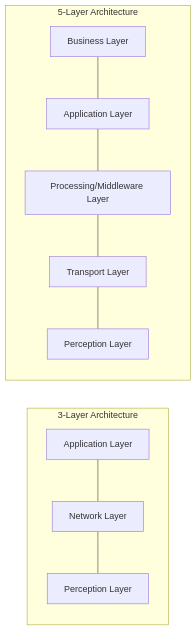
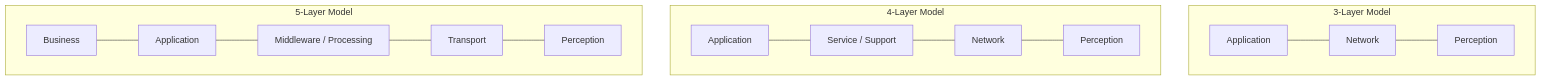
The third of 8 diagrams in IoT/figures.md (KshitizD07/14Days_Trilogy_Sprint), drawn with Mermaid before and after one commit. The commit also changed other lines of this file, not shown here.

````diff
--- a/IoT/figures.md
+++ b/IoT/figures.md
@@ -70,12 +79,26 @@
 ```mermaid
-graph LR
-    subgraph 3-Layer Architecture
-    direction TB
-    A3[Application Layer] --- N3[Network Layer] --- P3[Perception Layer]
+graph TD
+    subgraph Three_Layer[3-Layer Model]
+        L3A[Application]
+        L3N[Network]
+        L3P[Perception]
+        L3A --- L3N --- L3P
     end
-    
-    subgraph 5-Layer Architecture
-    direction TB
-    B5[Business Layer] --- A5[Application Layer] --- M5[Processing/Middleware Layer] --- T5[Transport Layer] --- P5[Perception Layer]
+
+    subgraph Four_Layer[4-Layer Model]
+        L4A[Application]
+        L4S[Service / Support]
+        L4N[Network]
+        L4P[Perception]
+        L4A --- L4S --- L4N --- L4P
+    end
+
+    subgraph Five_Layer[5-Layer Model]
+        L5B[Business]
+        L5A[Application]
+        L5M[Middleware / Processing]
+        L5T[Transport]
+        L5P[Perception]
+        L5B --- L5A --- L5M --- L5T --- L5P
     end
 ```
````
